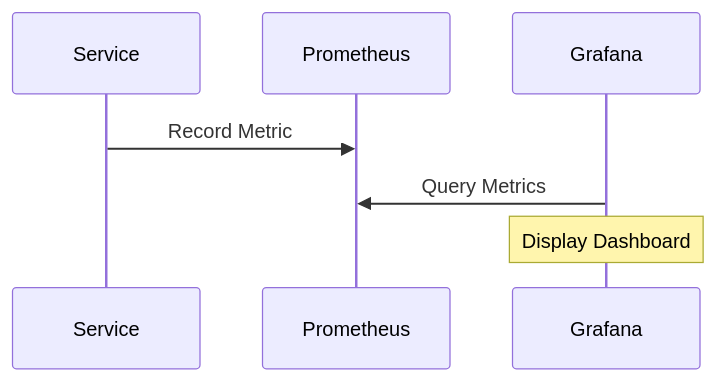
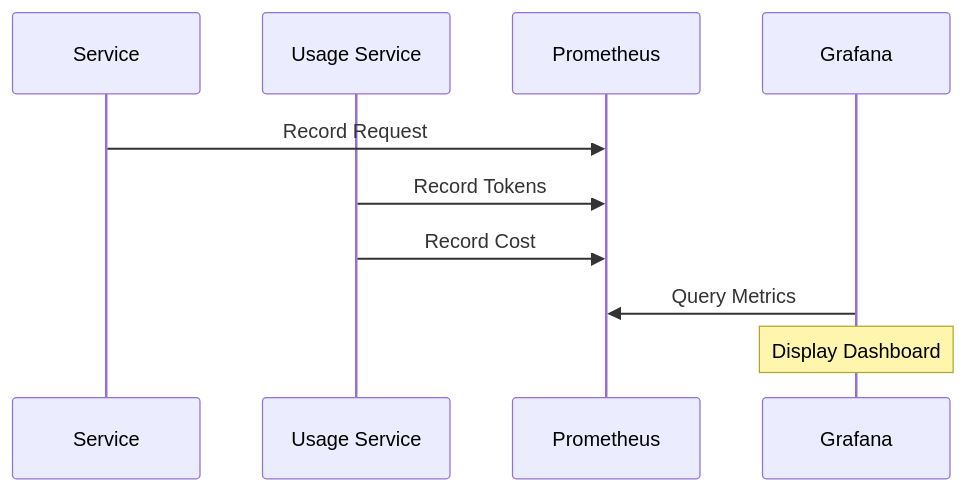
The third of 3 diagrams in docs/architecture/data-flow.md (xrouter-ru/xrouter), drawn with Mermaid before and after one commit. The commit also changed other lines of this file and 6 other files, not shown here.

First line of the commit message:
docs: update architecture documentation for Release 1.0

````diff
--- a/docs/architecture/data-flow.md
+++ b/docs/architecture/data-flow.md
@@ -224,10 +328,13 @@
 ```mermaid
 sequenceDiagram
     participant Service
+    participant Usage as Usage Service
     participant Metrics as Prometheus
     participant Grafana
     
-    Service->>Metrics: Record Metric
+    Service->>Metrics: Record Request
+    Usage->>Metrics: Record Tokens
+    Usage->>Metrics: Record Cost
     Grafana->>Metrics: Query Metrics
     Note over Grafana: Display Dashboard
 ```
````
